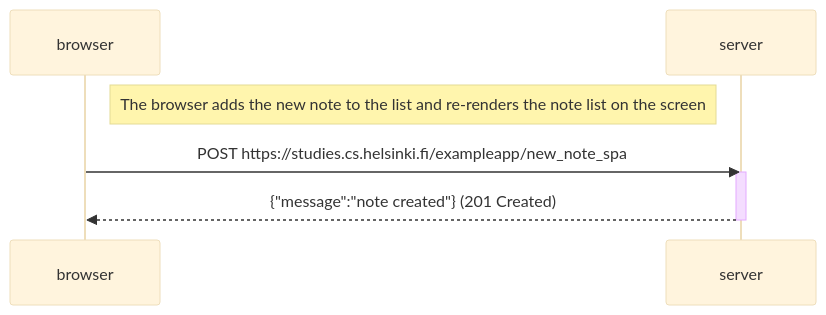
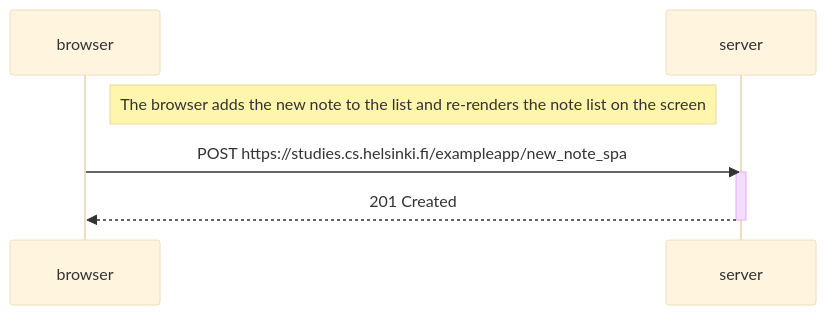
Before and after one commit to Nese123/HY-Full-Stack-palautusrepositorio: the diagram in osa0/muistiinpano_spa.md, drawn with Mermaid (base theme).

````diff
--- a/osa0/muistiinpano_spa.md
+++ b/osa0/muistiinpano_spa.md
@@ -1,12 +1,12 @@
 ```mermaid
 sequenceDiagram
     participant browser
     participant server
 
     Note right of browser: The browser adds the new note to the list and re-renders the note list on the screen
 
     browser->>server: POST https://studies.cs.helsinki.fi/exampleapp/new_note_spa
     activate server
-    server-->>browser: {"message":"note created"} (201 Created)
+    server-->>browser: 201 Created
     deactivate server
 ```
````
